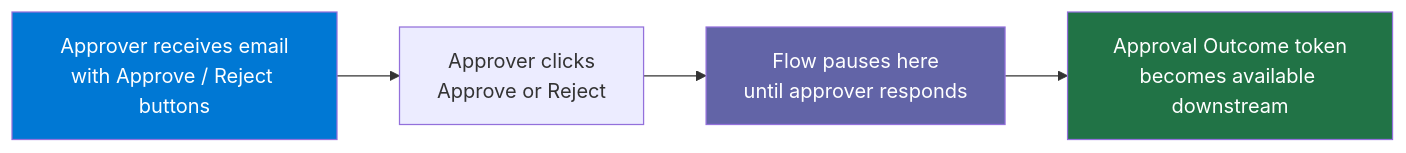
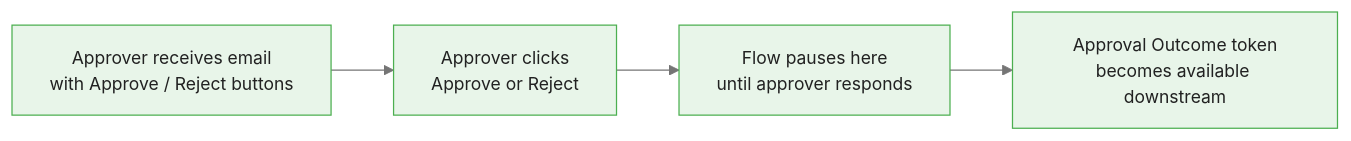
The eighth of 10 diagrams in courses/power-automate/modules/module_05_sharepoint_excel/guides/01_sharepoint_integration_slides.md (m-deane/course-creator), drawn with Mermaid before and after one commit. The commit also changed other lines of this file and 72 other files, not shown here.

````diff
--- a/courses/power-automate/modules/module_05_sharepoint_excel/guides/01_sharepoint_integration_slides.md
+++ b/courses/power-automate/modules/module_05_sharepoint_excel/guides/01_sharepoint_integration_slides.md
@@ -263,10 +278,8 @@
 ```mermaid
+%%{init: {"theme": "base", "themeVariables": {"primaryColor": "#e8f5e9", "primaryBorderColor": "#4caf50", "primaryTextColor": "#212121", "secondaryColor": "#e3f2fd", "tertiaryColor": "#fff8e1", "lineColor": "#757575", "fontFamily": "Inter, sans-serif", "fontSize": "14px"}}}%%
 graph LR
     F["Flow pauses here\nuntil approver responds"]
     A["Approver receives email\nwith Approve / Reject buttons"] --> R["Approver clicks\nApprove or Reject"]
     R --> F
     F --> C["Approval Outcome token\nbecomes available downstream"]
-    style F fill:#6264A7,color:#fff
-    style A fill:#0078D4,color:#fff
-    style C fill:#217346,color:#fff
 ```
````
